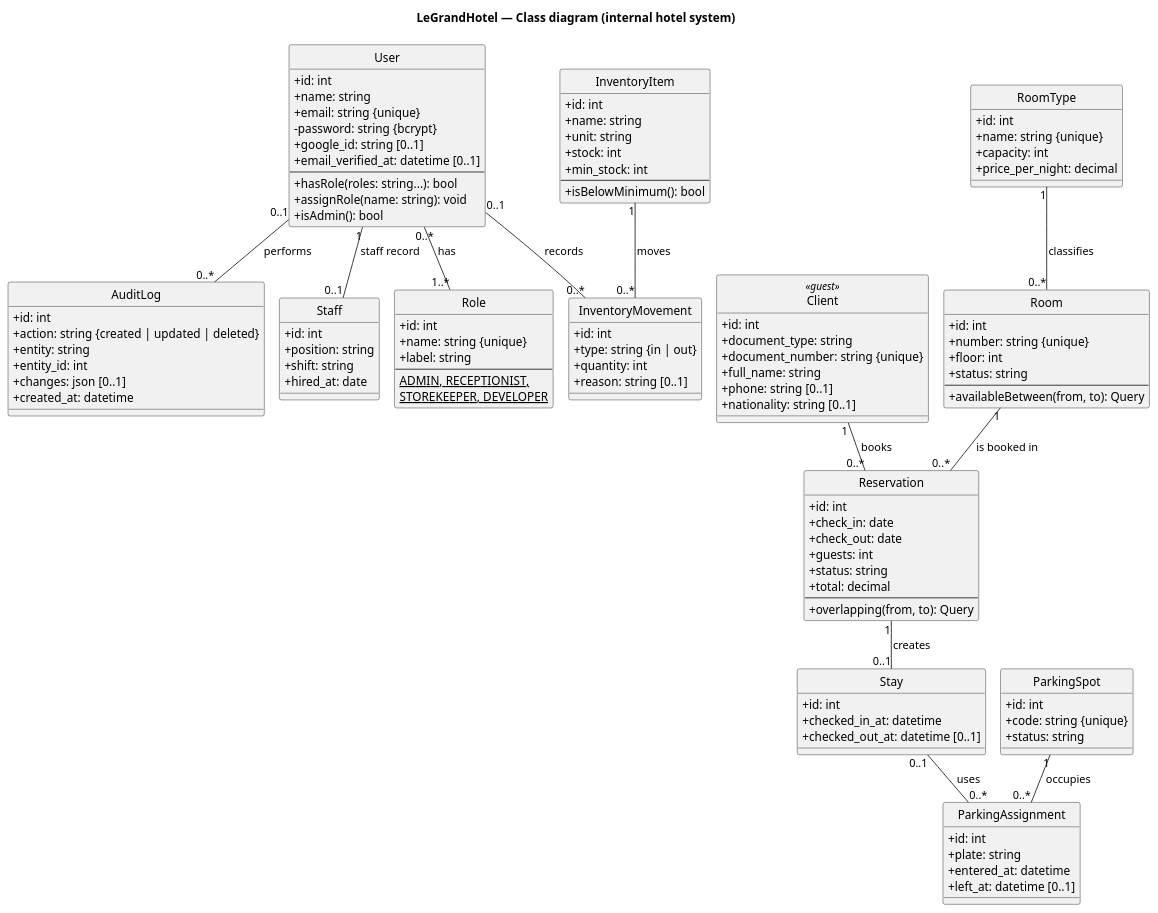
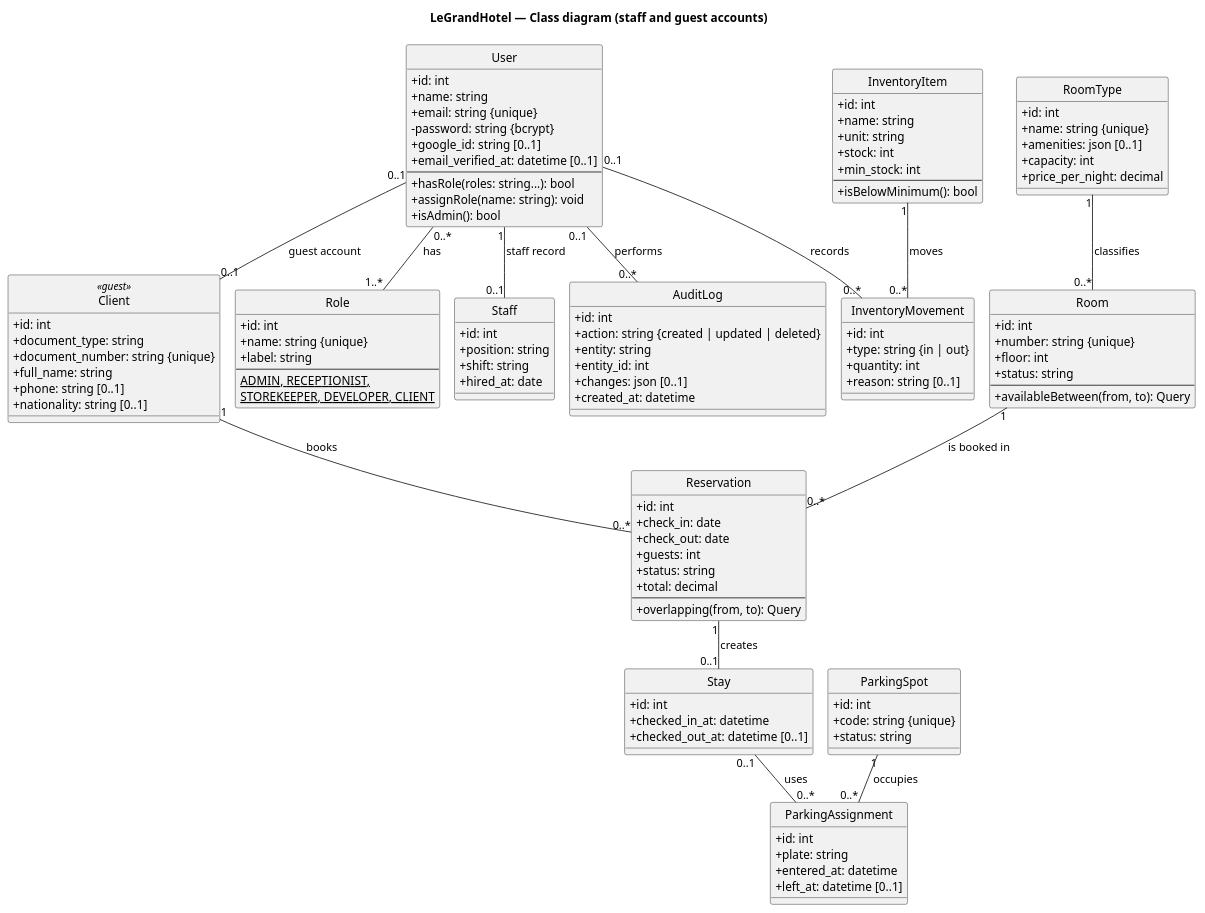
One commit to Josephml23/LeGrandHotel changed the diagram in docs/diagramas/uml-clases.puml. Above: the diagram before and after it, drawn with PlantUML. The commit also changed 15 other files, not shown here.

```diff
--- a/docs/diagramas/uml-clases.puml
+++ b/docs/diagramas/uml-clases.puml
@@ -1,137 +1,139 @@
 @startuml LeGrandHotel
 ' UML class diagram of the LeGrandHotel domain (Laravel models in api/app/Models).
 ' Open it at https://www.plantuml.com/plantuml or with the PlantUML extension for VS Code.
 ' role_user is the join table of the many-to-many association User — Role.
 
 !pragma layout smetana
 skinparam monochrome true
 skinparam shadowing false
 skinparam classAttributeIconSize 0
 skinparam defaultFontName Arial
 hide circle
 
-title LeGrandHotel — Class diagram (internal hotel system)
+title LeGrandHotel — Class diagram (staff and guest accounts)
 
 class User {
   + id: int
   + name: string
   + email: string {unique}
   - password: string {bcrypt}
   + google_id: string [0..1]
   + email_verified_at: datetime [0..1]
   --
   + hasRole(roles: string...): bool
   + assignRole(name: string): void
   + isAdmin(): bool
 }
 
 class Role {
   + id: int
   + name: string {unique}
   + label: string
   --
   {static} ADMIN, RECEPTIONIST,
-  {static} STOREKEEPER, DEVELOPER
+  {static} STOREKEEPER, DEVELOPER, CLIENT
 }
 
 class Staff {
   + id: int
   + position: string
   + shift: string
   + hired_at: date
 }
 
 class Client <<guest>> {
   + id: int
   + document_type: string
   + document_number: string {unique}
   + full_name: string
   + phone: string [0..1]
   + nationality: string [0..1]
 }
 
 class RoomType {
   + id: int
   + name: string {unique}
+  + amenities: json [0..1]
   + capacity: int
   + price_per_night: decimal
 }
 
 class Room {
   + id: int
   + number: string {unique}
   + floor: int
   + status: string
   --
   + availableBetween(from, to): Query
 }
 
 class Reservation {
   + id: int
   + check_in: date
   + check_out: date
   + guests: int
   + status: string
   + total: decimal
   --
   + overlapping(from, to): Query
 }
 
 class Stay {
   + id: int
   + checked_in_at: datetime
   + checked_out_at: datetime [0..1]
 }
 
 class ParkingSpot {
   + id: int
   + code: string {unique}
   + status: string
 }
 
 class ParkingAssignment {
   + id: int
   + plate: string
   + entered_at: datetime
   + left_at: datetime [0..1]
 }
 
 class InventoryItem {
   + id: int
   + name: string
   + unit: string
   + stock: int
   + min_stock: int
   --
   + isBelowMinimum(): bool
 }
 
 class InventoryMovement {
   + id: int
   + type: string {in | out}
   + quantity: int
   + reason: string [0..1]
 }
 
 class AuditLog {
   + id: int
   + action: string {created | updated | deleted}
   + entity: string
   + entity_id: int
   + changes: json [0..1]
   + created_at: datetime
 }
 
 User "0..*" -- "1..*" Role : has >
 User "1" -- "0..1" Staff : staff record >
+User "0..1" -- "0..1" Client : guest account >
 User "0..1" -- "0..*" AuditLog : performs >
 User "0..1" -- "0..*" InventoryMovement : records >
 Client "1" -- "0..*" Reservation : books >
 RoomType "1" -- "0..*" Room : classifies >
 Room "1" -- "0..*" Reservation : is booked in >
 Reservation "1" -- "0..1" Stay : creates >
 Stay "0..1" -- "0..*" ParkingAssignment : uses >
 ParkingSpot "1" -- "0..*" ParkingAssignment : occupies >
 InventoryItem "1" -- "0..*" InventoryMovement : moves >
 
 @enduml
```
